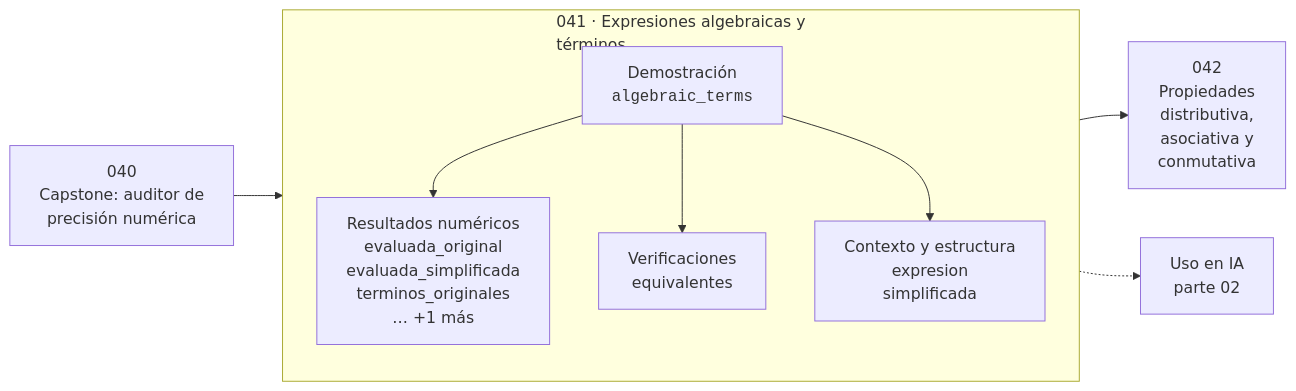
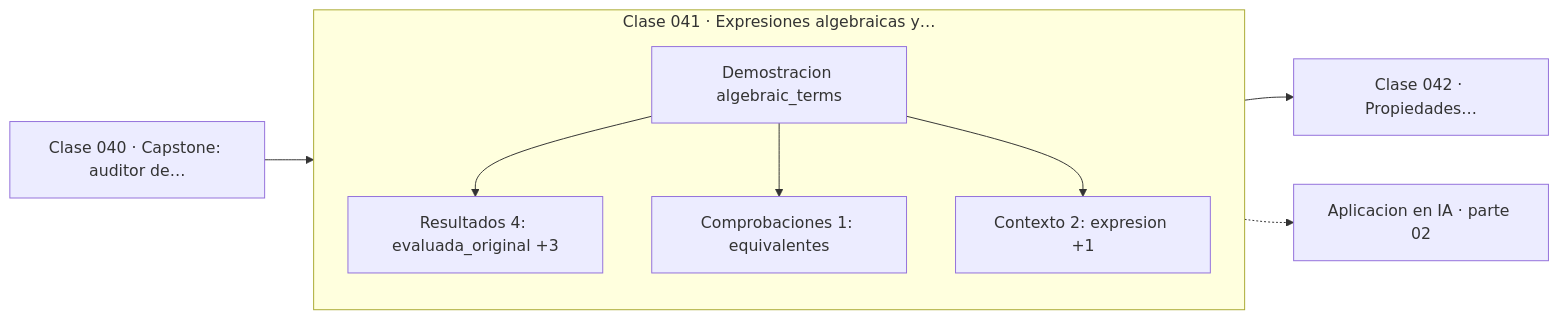
One commit to vladimiracunadev-create/computational-mathematics-program changed the diagram in classes/part-02-algebra-y-funciones/041-expresiones-algebraicas-y-terminos/README.md. Above: the diagram before and after it, drawn with Mermaid. The commit also changed 389 other files, not shown here.

First line of the commit message:
fix(diagramas): elimina el HTML de las etiquetas Mermaid

````diff
--- a/classes/part-02-algebra-y-funciones/041-expresiones-algebraicas-y-terminos/README.md
+++ b/classes/part-02-algebra-y-funciones/041-expresiones-algebraicas-y-terminos/README.md
@@ -35,12 +35,13 @@
 ```mermaid
 flowchart LR
-    P["040<br/>Capstone: auditor de<br/>precisión numérica"] --> C
-    subgraph C["041 · Expresiones algebraicas y<br/>términos"]
+    P["Clase 040 · Capstone: auditor de…"] --> D
+    subgraph CLASE["Clase 041 · Expresiones algebraicas y…"]
         direction TB
-        D["Demostración<br/><code>algebraic_terms</code>"] --> R["Resultados numéricos<br/>evaluada_original<br/>evaluada_simplificada<br/>terminos_originales<br/>… +1 más"]
-        D --> V["Verificaciones<br/>equivalentes"]
-        D --> O["Contexto y estructura<br/>expresion<br/>simplificada"]
+        D["Demostracion algebraic_terms"]
+        D --> R["Resultados 4: evaluada_original +3"]
+        D --> V["Comprobaciones 1: equivalentes"]
+        D --> O["Contexto 2: expresion +1"]
     end
-    C --> N["042<br/>Propiedades<br/>distributiva,<br/>asociativa y<br/>conmutativa"]
-    C -.-> IA["Uso en IA<br/>parte 02"]
+    R --> N["Clase 042 · Propiedades…"]
+    V -.-> IA["Aplicacion en IA · parte 02"]
 ```
````
